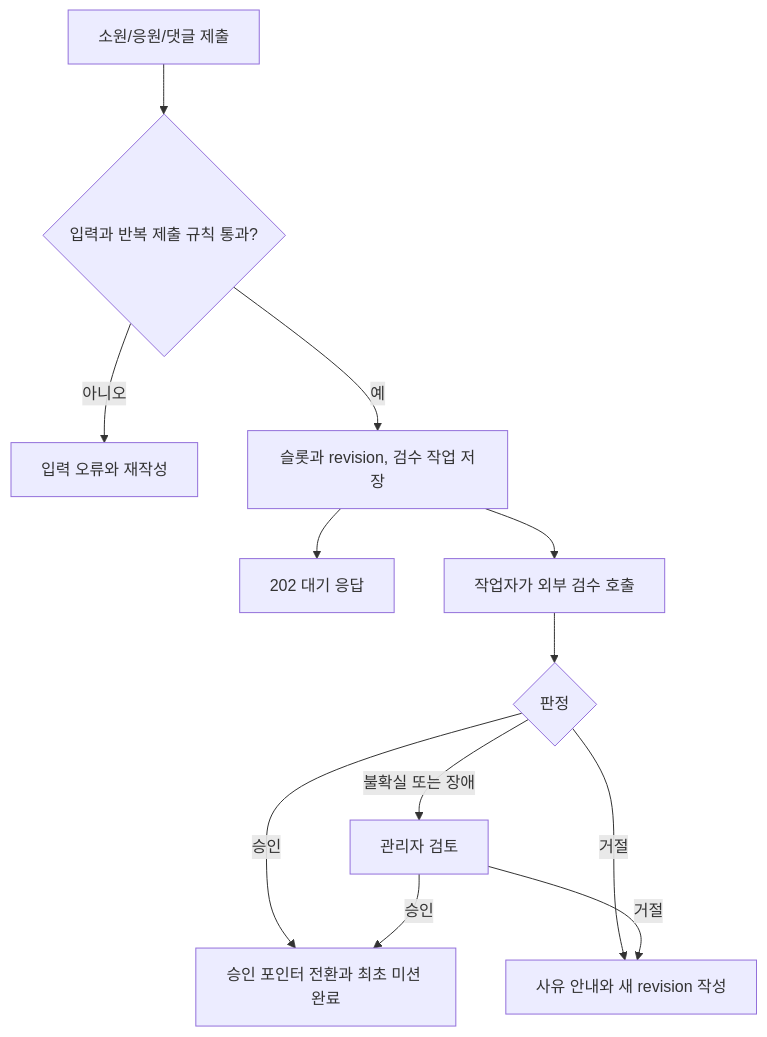
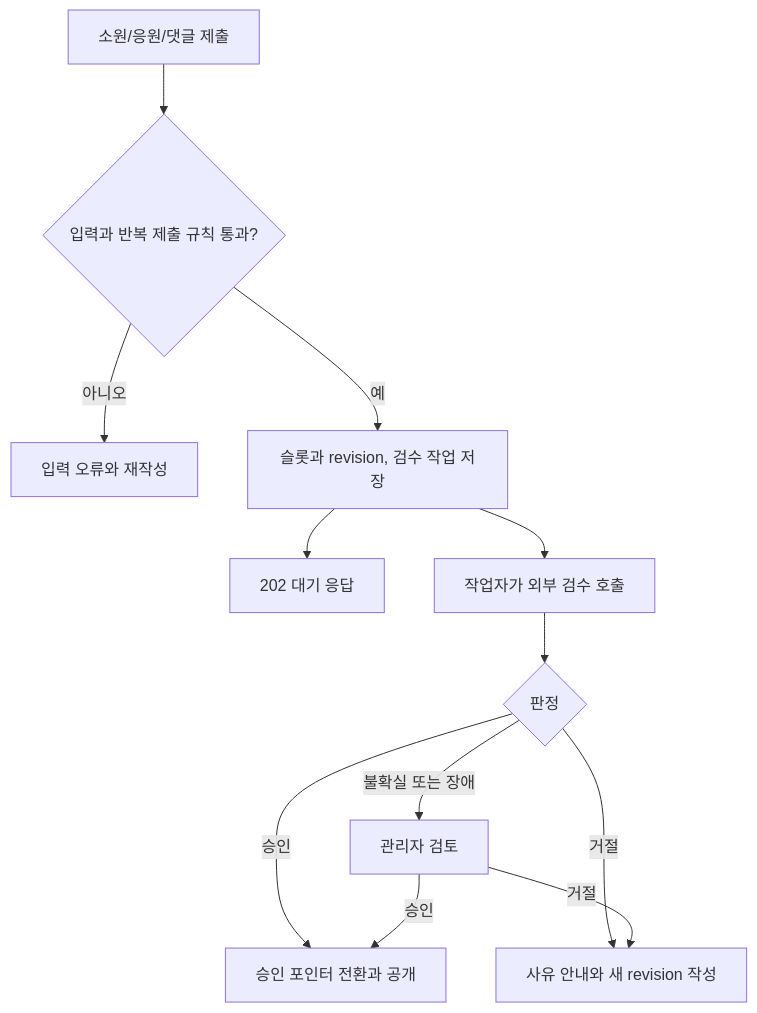
Before and after one commit to anonymity-developer/connection_16: the eighth of 10 diagrams in docs/user-flows.md, drawn with Mermaid. The commit also changed other lines of this file and 64 other files, not shown here.

````diff
--- a/docs/user-flows.md
+++ b/docs/user-flows.md
@@ -198,14 +198,14 @@
 ```mermaid
 flowchart TD
     Input["소원/응원/댓글 제출"] --> Rules{"입력과 반복 제출 규칙 통과?"}
     Rules -->|아니오| Field["입력 오류와 재작성"]
     Rules -->|예| Save["슬롯과 revision, 검수 작업 저장"]
     Save --> Pending["202 대기 응답"]
     Save --> Worker["작업자가 외부 검수 호출"]
     Worker --> Decision{"판정"}
-    Decision -->|승인| Publish["승인 포인터 전환과 최초 미션 완료"]
+    Decision -->|승인| Publish["승인 포인터 전환과 공개"]
     Decision -->|거절| Reject["사유 안내와 새 revision 작성"]
     Decision -->|불확실 또는 장애| Admin["관리자 검토"]
     Admin -->|승인| Publish
     Admin -->|거절| Reject
 ```
````
